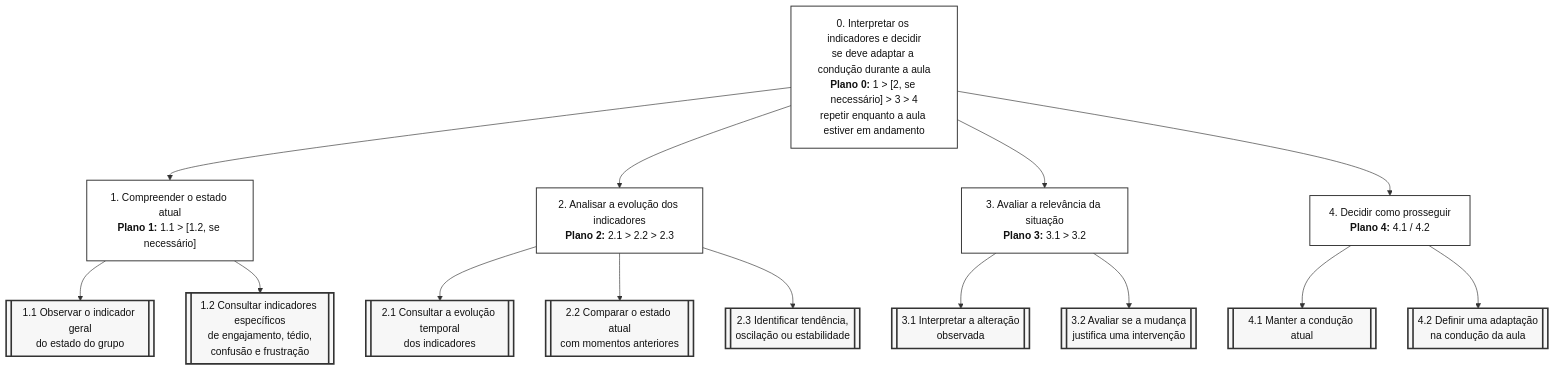
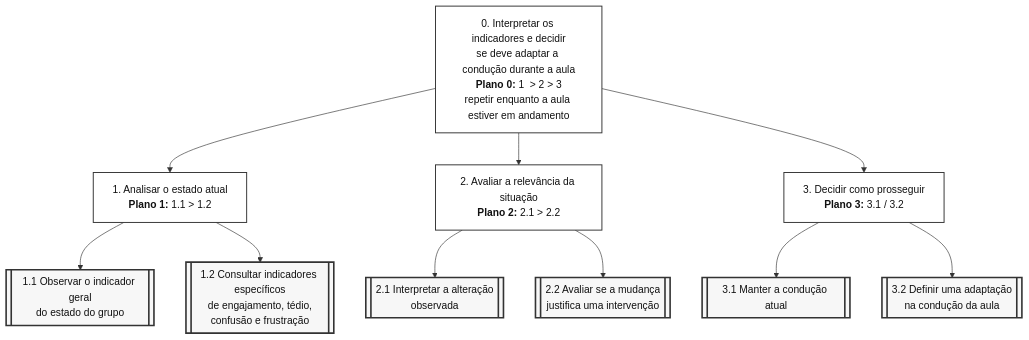
The first of 2 diagrams in docs/05_analise_tarefas.md (IsaRosseto/IHC_MindFlowAI), drawn with Mermaid before and after one commit.

````diff
--- a/docs/05_analise_tarefas.md
+++ b/docs/05_analise_tarefas.md
@@ -55,50 +55,39 @@
 ```mermaid
 flowchart TB
 
-    T0["0. Interpretar os indicadores e decidir<br/>se deve adaptar a condução durante a aula<br/><b>Plano 0:</b> 1 > [2, se necessário] > 3 > 4<br/>repetir enquanto a aula estiver em andamento"]
+    T0["0. Interpretar os indicadores e decidir<br/>se deve adaptar a condução durante a aula<br/><b>Plano 0:</b> 1  > 2 > 3<br/>repetir enquanto a aula estiver em andamento"]
 
-    T1["1. Compreender o estado atual<br/><b>Plano 1:</b> 1.1 > [1.2, se necessário]"]
+    T1["1. Analisar o estado atual<br/><b>Plano 1:</b> 1.1 > 1.2"]
 
-    T2["2. Analisar a evolução dos indicadores<br/><b>Plano 2:</b> 2.1 > 2.2 > 2.3"]
+    T2["2. Avaliar a relevância da situação<br/><b>Plano 2:</b> 2.1 > 2.2"]
 
-    T3["3. Avaliar a relevância da situação<br/><b>Plano 3:</b> 3.1 > 3.2"]
-
-    T4["4. Decidir como prosseguir<br/><b>Plano 4:</b> 4.1 / 4.2"]
+    T3["3. Decidir como prosseguir<br/><b>Plano 3:</b> 3.1 / 3.2"]
 
     T0 --> T1
     T0 --> T2
     T0 --> T3
-    T0 --> T4
 
     T11[["1.1 Observar o indicador geral<br/>do estado do grupo"]]
     T12[["1.2 Consultar indicadores específicos<br/>de engajamento, tédio,<br/>confusão e frustração"]]
 
     T1 --> T11
     T1 --> T12
 
-    T21[["2.1 Consultar a evolução temporal<br/>dos indicadores"]]
-    T22[["2.2 Comparar o estado atual<br/>com momentos anteriores"]]
-    T23[["2.3 Identificar tendência,<br/>oscilação ou estabilidade"]]
+    T21[["2.1 Interpretar a alteração<br/>observada"]]
+    T22[["2.2 Avaliar se a mudança<br/>justifica uma intervenção"]]
 
     T2 --> T21
     T2 --> T22
-    T2 --> T23
 
-    T31[["3.1 Interpretar a alteração<br/>observada"]]
-    T32[["3.2 Avaliar se a mudança<br/>justifica uma intervenção"]]
+    T31[["3.1 Manter a condução atual"]]
+    T32[["3.2 Definir uma adaptação<br/>na condução da aula"]]
 
     T3 --> T31
     T3 --> T32
 
-    T41[["4.1 Manter a condução atual"]]
-    T42[["4.2 Definir uma adaptação<br/>na condução da aula"]]
-
-    T4 --> T41
-    T4 --> T42
-
     classDef objetivo fill:#ffffff,stroke:#333,stroke-width:1.5px,color:#111;
     classDef operacao fill:#f7f7f7,stroke:#333,stroke-width:2.5px,color:#111;
 
-    class T0,T1,T2,T3,T4 objetivo;
-    class T11,T12,T21,T22,T23,T31,T32,T41,T42 operacao;
+    class T0,T1,T2,T3 objetivo;
+    class T11,T12,T21,T22,T31,T32 operacao;
 ```
````
